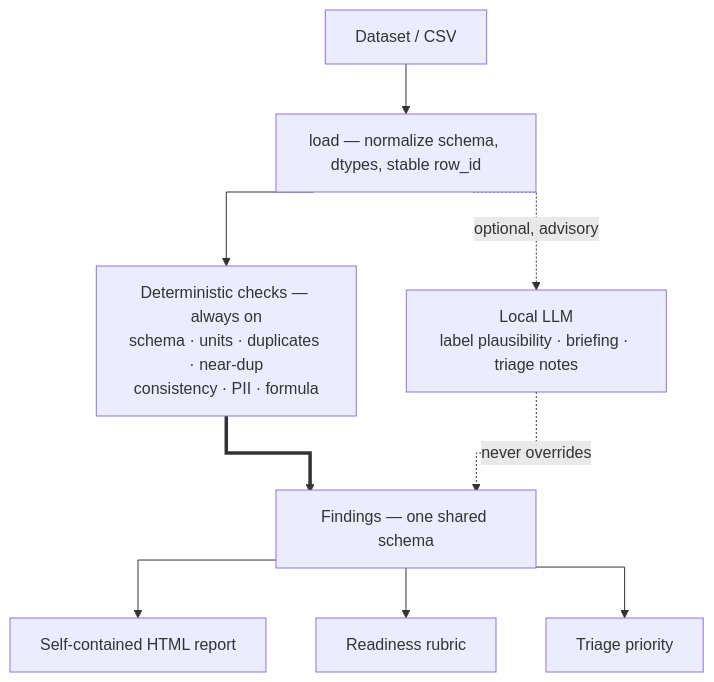
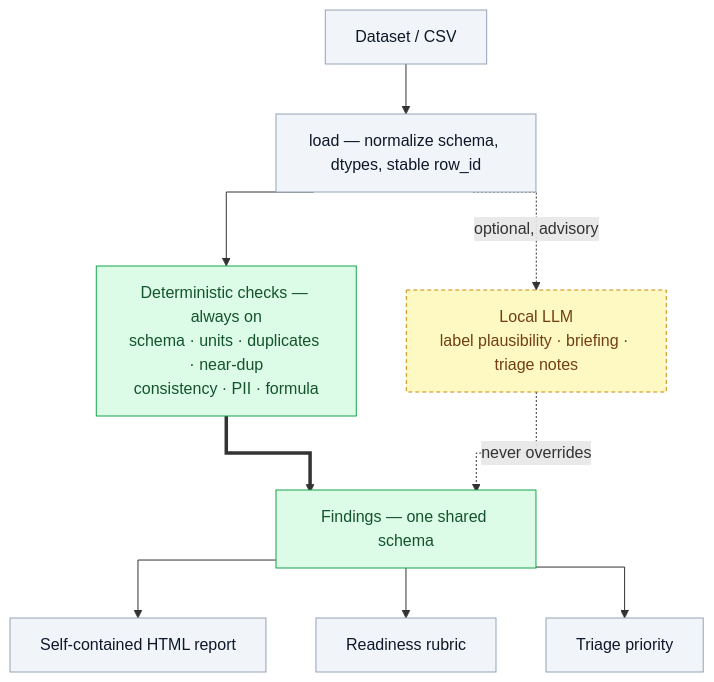
The first of 2 diagrams in README.md (AmandineFlachs/dataset-auditor), drawn with Mermaid before and after one commit. The commit also changed other lines of this file, not shown here.

Commit message:
docs: color-code README diagrams so the tracks read at a glance
Diagram 1: green = deterministic core (facts), amber dashed = advisory LLM,
grey = inputs/outputs — the facts-vs-AI distinction is now visible, not just
described. Diagram 2: green highlights the fresh-private set and the result
(the trust-bearing path). Light fills + dark text stay legible in both GitHub
light and dark themes.

````diff
--- a/README.md
+++ b/README.md
@@ -42,12 +42,19 @@
 ```mermaid
 %%{init: {'flowchart': {'curve': 'stepAfter'}}}%%
 flowchart TD
     DS["Dataset / CSV"] --> LD["load — normalize schema, dtypes, stable row_id"]
     LD --> DET["Deterministic checks — always on<br/>schema · units · duplicates · near-dup<br/>consistency · PII · formula"]
     LD -. optional, advisory .-> LLM["Local LLM<br/>label plausibility · briefing · triage notes"]
     DET ==> FN["Findings — one shared schema"]
     LLM -. never overrides .-> FN
     FN --> RP["Self-contained HTML report"]
     FN --> RB["Readiness rubric"]
     FN --> TR["Triage priority"]
+
+    classDef core fill:#dcfce7,stroke:#16a34a,color:#14532d;
+    classDef advisory fill:#fef9c3,stroke:#ca8a04,color:#713f12,stroke-dasharray:4 3;
+    classDef io fill:#f1f5f9,stroke:#94a3b8,color:#0f172a;
+    class DET,FN core;
+    class LLM advisory;
+    class DS,LD,RP,RB,TR io;
 ```
````
